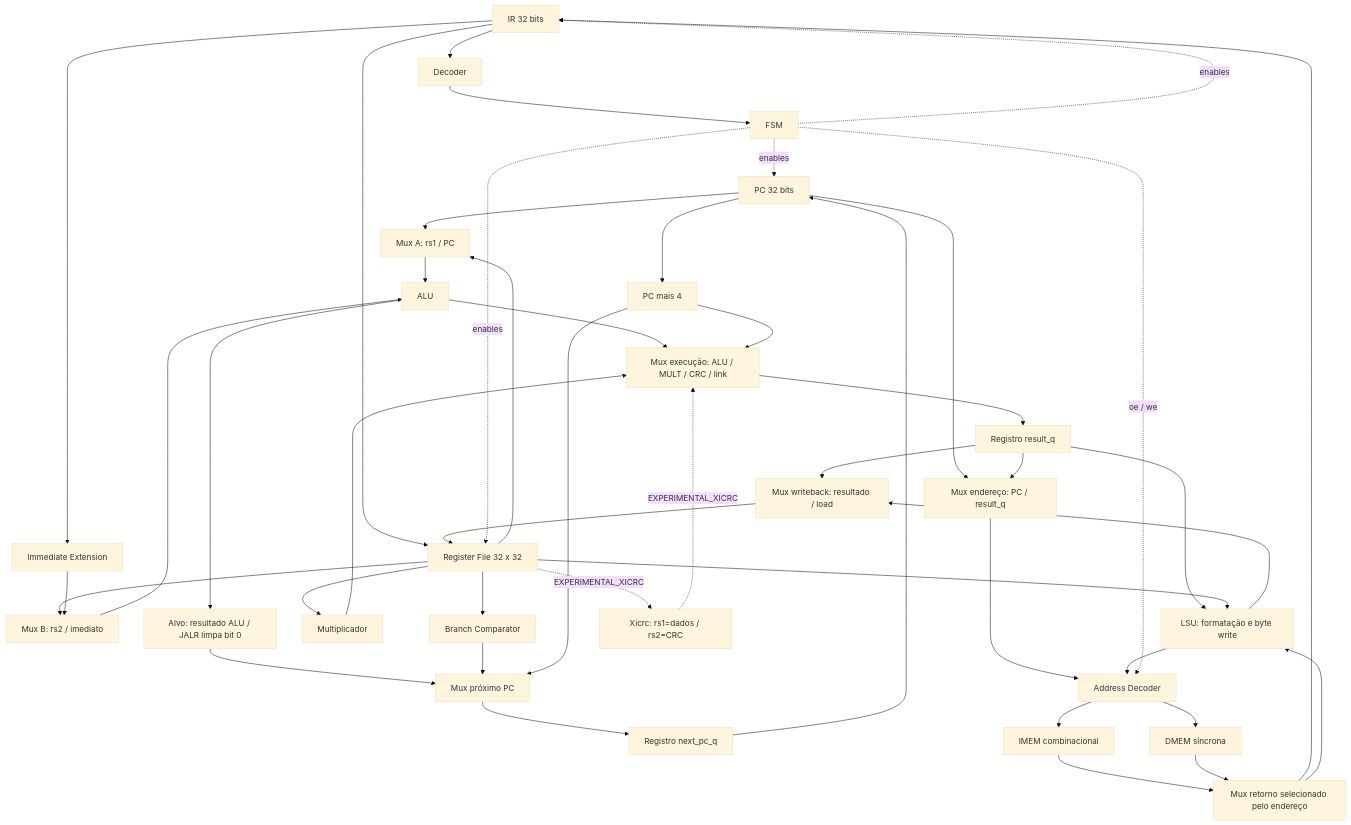
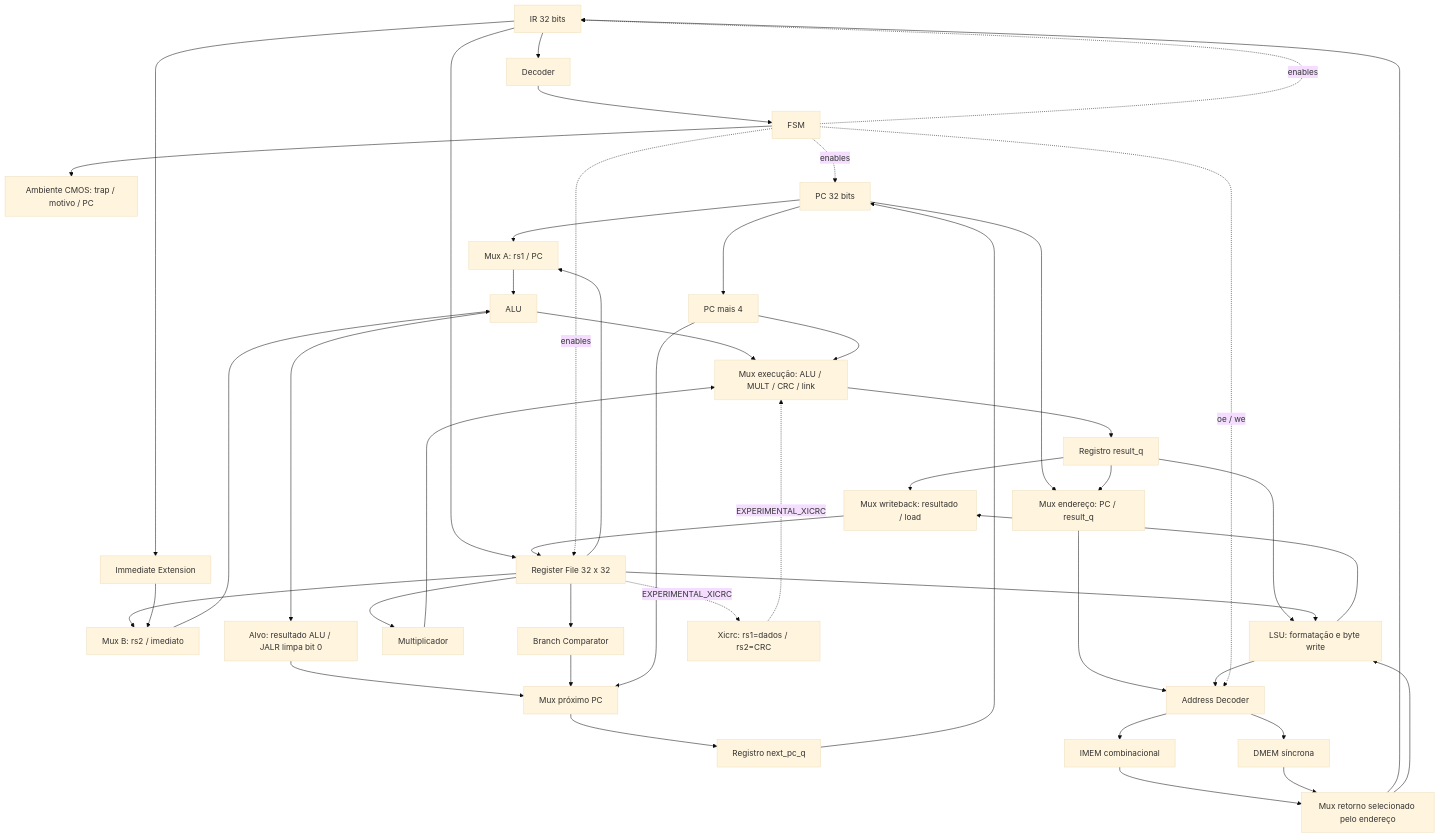
One commit to cmosuea-arch/RV32-multicycle changed the diagram in docs/architecture/block_diagram.md. Above: the diagram before and after it, drawn with Mermaid (base theme). The commit also changed other lines of this file and 153 other files, not shown here.

````diff
--- a/docs/architecture/block_diagram.md
+++ b/docs/architecture/block_diagram.md
@@ -10,47 +10,48 @@
 ```mermaid
 flowchart TB
  IR[IR 32 bits] --> DEC[Decoder]
  IR --> IMM[Immediate Extension]
  IR --> RF[Register File 32 x 32]
  DEC --> FSM[FSM]
+ FSM --> EEI[Ambiente CMOS: trap / motivo / PC]
  RF --> A[Mux A: rs1 / PC]
  RF --> B[Mux B: rs2 / imediato]
  PC[PC 32 bits] --> A
  IMM --> B
  A --> ALU
  B --> ALU
  RF --> BC[Branch Comparator]
  RF --> MULT[Multiplicador]
  PC --> P4[PC mais 4]
  ALU --> TARGET[Alvo: resultado ALU / JALR limpa bit 0]
  TARGET --> NEXT[Mux próximo PC]
  BC --> NEXT
  P4 --> NEXT
  NEXT --> NP[Registro next_pc_q]
  NP --> PC
  ALU --> EXEC[Mux execução: ALU / MULT / CRC / link]
  MULT --> EXEC
  P4 --> EXEC
  EXEC --> RES[Registro result_q]
  RES --> WB[Mux writeback: resultado / load]
  RES --> LSU[LSU: formatação e byte write]
  RF --> LSU
  LSU --> WB
  WB --> RF
  PC --> ADDR[Mux endereço: PC / result_q]
  RES --> ADDR
  ADDR --> AD[Address Decoder]
  LSU --> AD
  AD --> IMEM[IMEM combinacional]
  AD --> DMEM[DMEM síncrona]
  IMEM --> READ[Mux retorno selecionado pelo endereço]
  DMEM --> READ
  READ --> IR
  READ --> LSU
  FSM -. enables .-> PC
  FSM -. enables .-> IR
  FSM -. enables .-> RF
  FSM -. oe / we .-> AD
  RF -. EXPERIMENTAL_XICRC .-> CRC[Xicrc: rs1=dados / rs2=CRC]
  CRC -. EXPERIMENTAL_XICRC .-> EXEC
 ```
````
